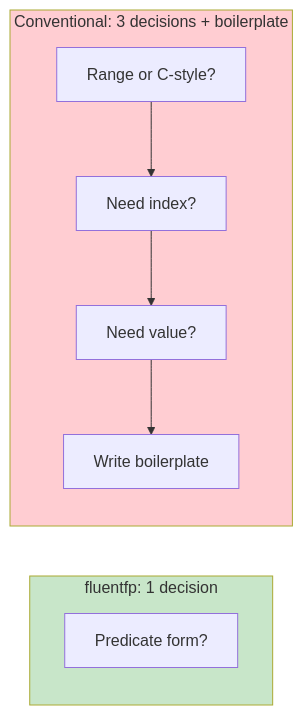
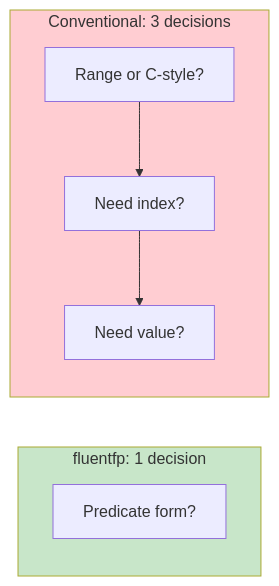
One commit to binaryphile/fluentfp changed the third of 4 diagrams in analysis.md. Above: the diagram before and after it, drawn with Mermaid. The commit also changed other lines of this file, not shown here.

First line of the commit message:
Add concepts vs decisions distinction to Mental Load Comparison

````diff
--- a/analysis.md
+++ b/analysis.md
@@ -64,15 +70,14 @@
 ```mermaid
 flowchart LR
     subgraph fluentfp["fluentfp: 1 decision"]
         F1["Predicate form?"]
     end
 
-    subgraph Conventional["Conventional: 3 decisions + boilerplate"]
+    subgraph Conventional["Conventional: 3 decisions"]
         C1["Range or C-style?"] --> C2["Need index?"]
         C2 --> C3["Need value?"]
-        C3 --> C4["Write boilerplate"]
     end
 
     style fluentfp fill:#c8e6c9
     style Conventional fill:#ffcdd2
 ```
````
